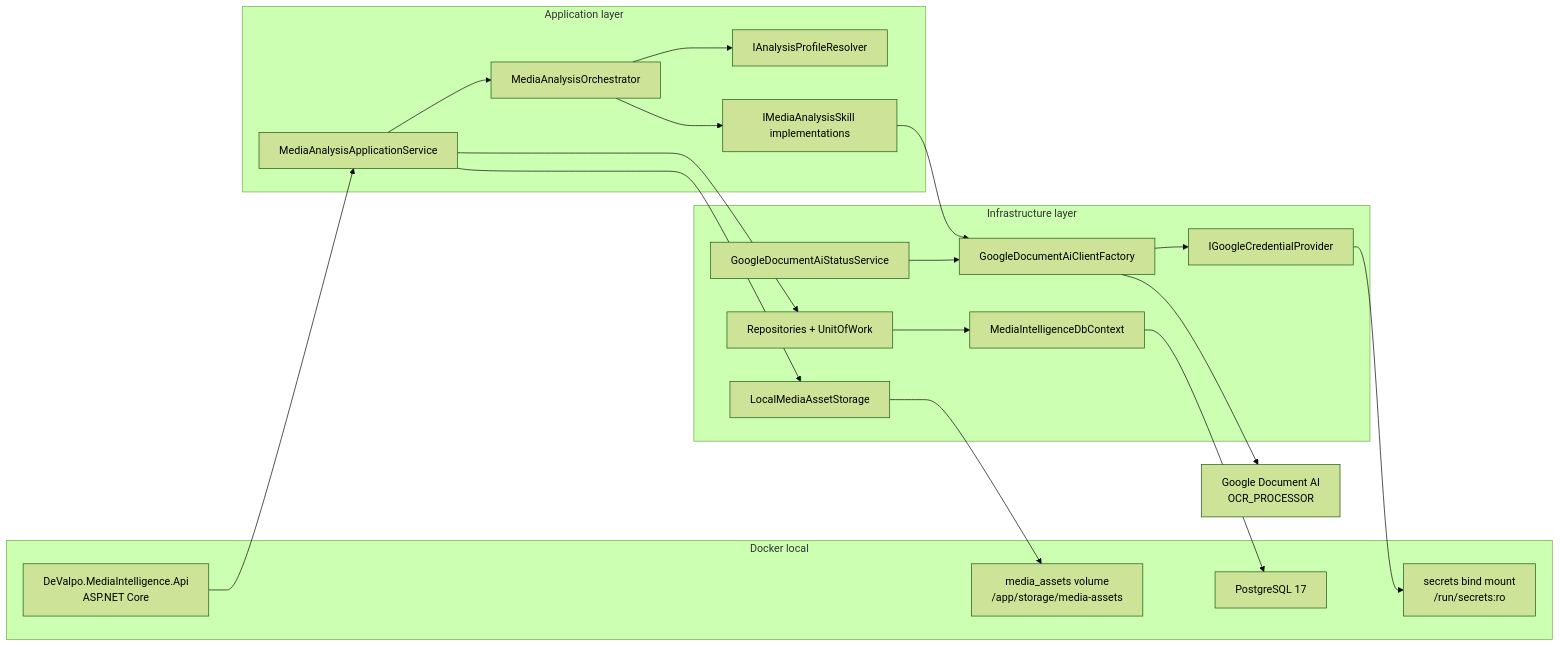
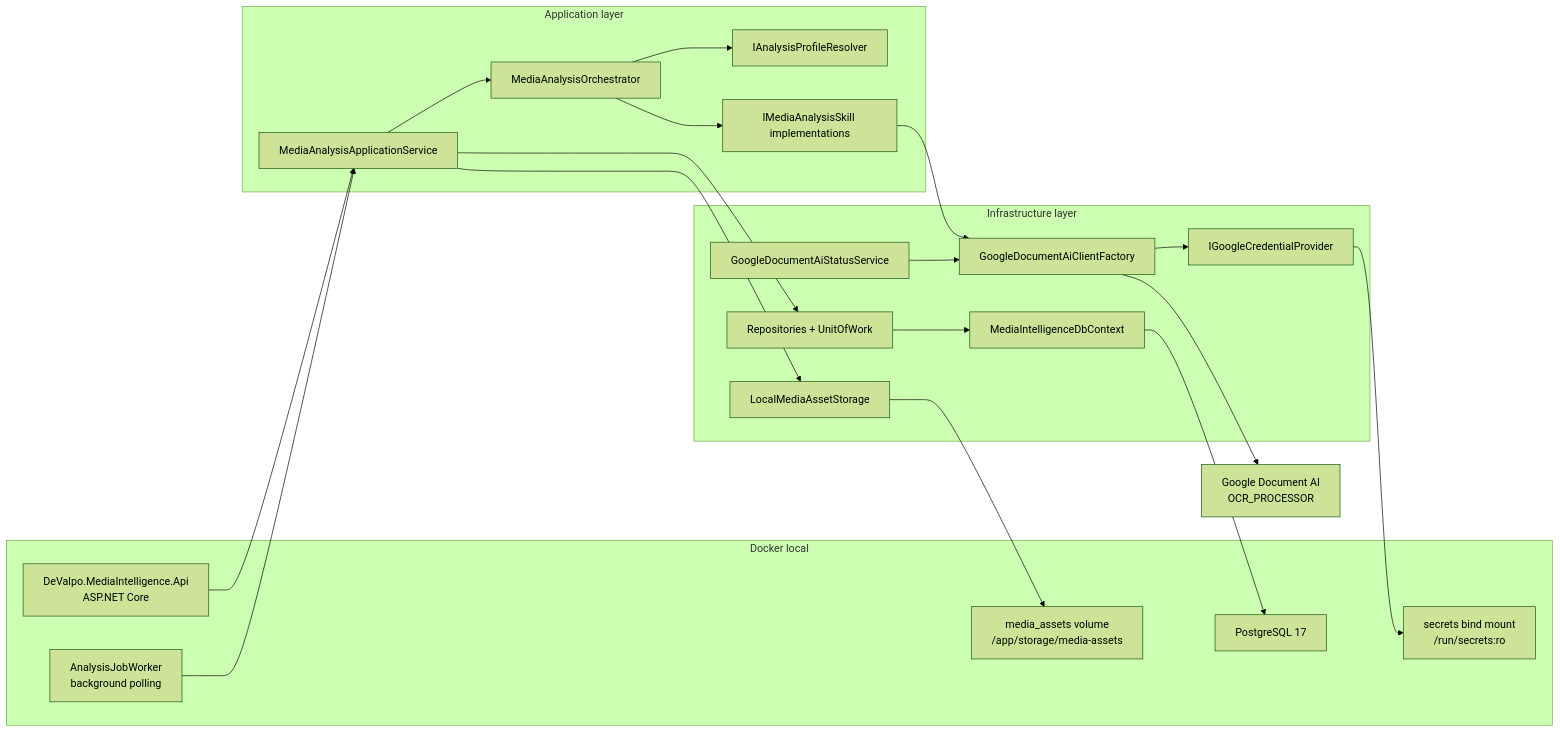
Before and after one commit to lokomurdok89/DeValpo.MediaIntelligence: the second of 8 diagrams in README.md, drawn with Mermaid (forest theme). The commit also changed other lines of this file and 29 other files, not shown here.

````diff
--- a/README.md
+++ b/README.md
@@ -45,42 +47,44 @@
 ```mermaid
 flowchart LR
     subgraph LocalDocker["Docker local"]
         Api["DeValpo.MediaIntelligence.Api<br/>ASP.NET Core"]
+        Worker["AnalysisJobWorker<br/>background polling"]
         Pg["PostgreSQL 17"]
         Storage["media_assets volume<br/>/app/storage/media-assets"]
         Secrets["secrets bind mount<br/>/run/secrets:ro"]
     end
 
     subgraph AppLayer["Application layer"]
         AnalyzeSvc["MediaAnalysisApplicationService"]
         Orchestrator["MediaAnalysisOrchestrator"]
         ProfileResolver["IAnalysisProfileResolver"]
         Skills["IMediaAnalysisSkill implementations"]
     end
 
     subgraph InfraLayer["Infrastructure layer"]
         DbContext["MediaIntelligenceDbContext"]
         Repos["Repositories + UnitOfWork"]
         AssetStorage["LocalMediaAssetStorage"]
         GoogleCredentials["IGoogleCredentialProvider"]
         GoogleFactory["GoogleDocumentAiClientFactory"]
         GoogleStatus["GoogleDocumentAiStatusService"]
     end
 
     Google["Google Document AI<br/>OCR_PROCESSOR"]
 
     Api --> AnalyzeSvc
+    Worker --> AnalyzeSvc
     AnalyzeSvc --> Orchestrator
     AnalyzeSvc --> AssetStorage
     AnalyzeSvc --> Repos
     Repos --> DbContext
     DbContext --> Pg
     AssetStorage --> Storage
     Orchestrator --> ProfileResolver
     Orchestrator --> Skills
     Skills --> GoogleFactory
     GoogleStatus --> GoogleFactory
     GoogleFactory --> GoogleCredentials
     GoogleCredentials --> Secrets
     GoogleFactory --> Google
 ```
````
